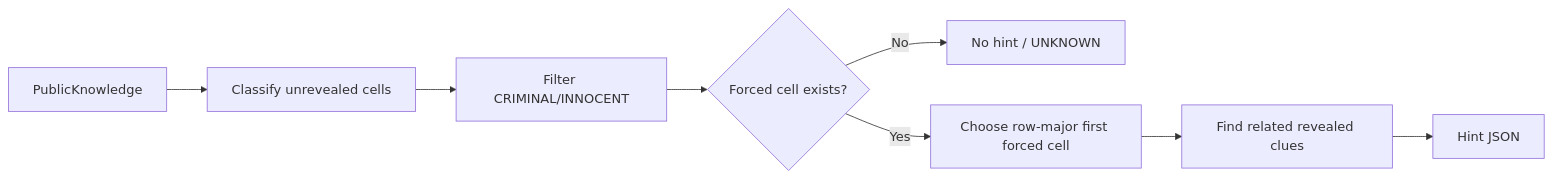
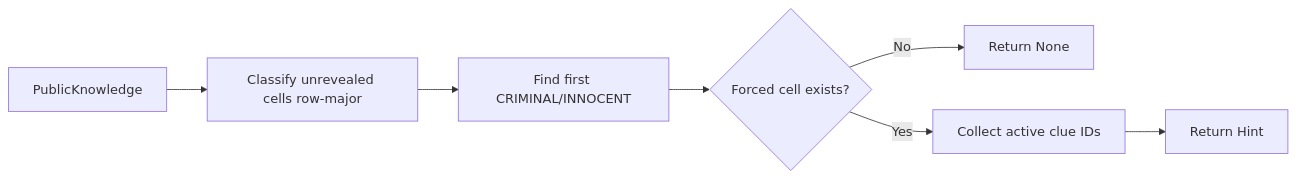
Diagram 14 of 18 in Workflow.md (vannguyn/Griductive-Solver), drawn with Mermaid before and after one commit. The commit also changed other lines of this file, not shown here.

Commit message:
docs(workflow): replace HTTP API with GameSession/PyQt6 flow and sync contracts

````diff
--- a/Workflow.md
+++ b/Workflow.md
@@ -550,10 +577,9 @@
 ```mermaid
 flowchart LR
-    A[PublicKnowledge] --> B[Classify unrevealed cells]
-    B --> C[Filter CRIMINAL/INNOCENT]
+    A[PublicKnowledge] --> B[Classify unrevealed cells row-major]
+    B --> C[Find first CRIMINAL/INNOCENT]
     C --> D{Forced cell exists?}
-    D -- No --> E[No hint / UNKNOWN]
-    D -- Yes --> F[Choose row-major first forced cell]
-    F --> G[Find related revealed clues]
-    G --> H[Hint JSON]
+    D -- No --> E[Return None]
+    D -- Yes --> F[Collect active clue IDs]
+    F --> G[Return Hint]
 ```
````
